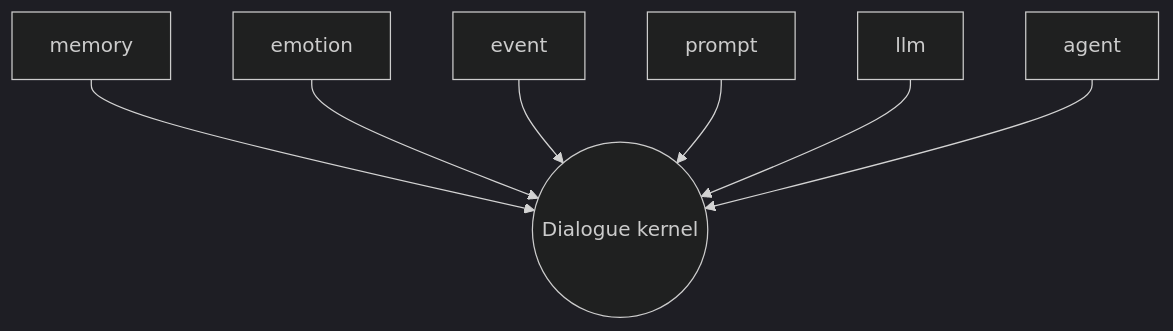
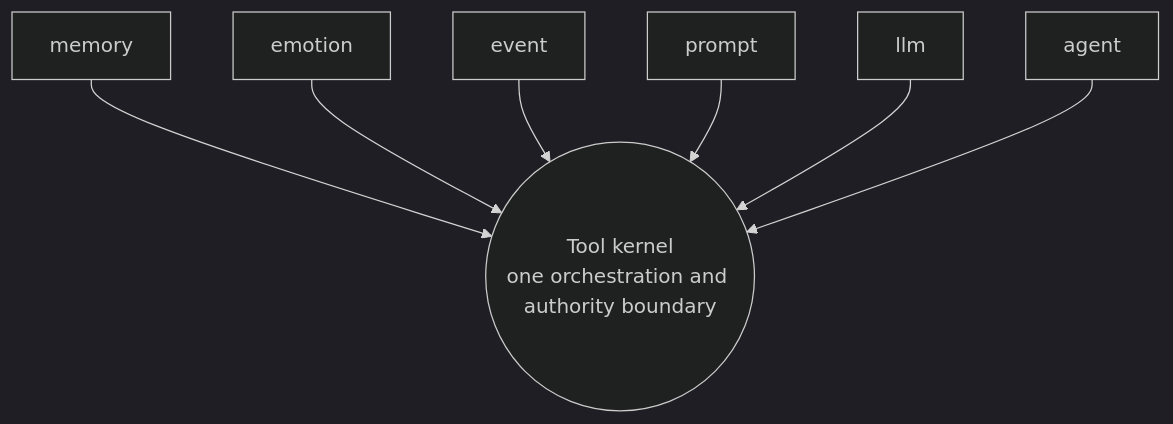
The second of 2 diagrams in creator-docs-en/getting-started/KERNEL_AND_MODULES_ARCHITECTURE.md (linkaiheng2233-cyber/oclivenewnew), drawn with Mermaid (dark theme) before and after one commit. The commit also changed other lines of this file and 231 other files, not shown here.

Commit message:
docs(architecture): align project around tool kernel

````diff
--- a/creator-docs-en/getting-started/KERNEL_AND_MODULES_ARCHITECTURE.md
+++ b/creator-docs-en/getting-started/KERNEL_AND_MODULES_ARCHITECTURE.md
@@ -78,9 +78,9 @@
 ```mermaid
 flowchart TB
-  M[memory] --> K((Dialogue kernel))
+  M[memory] --> K((Tool kernel<br/>one orchestration and authority boundary))
   EM[emotion] --> K
   EV[event] --> K
   PR[prompt] --> K
   LL[llm] --> K
   AG[agent] --> K
 ```
````
